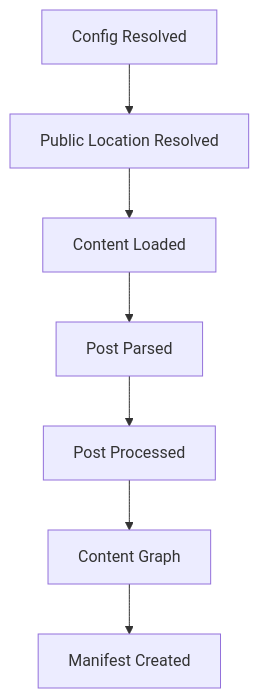
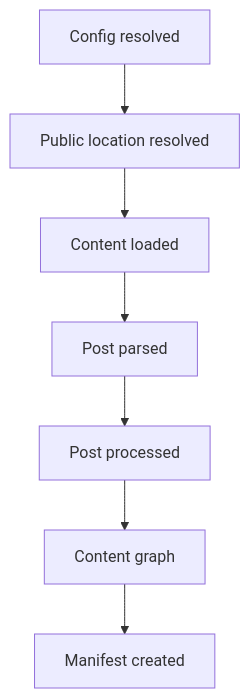
The third of 13 diagrams in docs/docs/reference/plugin-api.md (Rerurate514/riebeckite), drawn with Mermaid before and after one commit. The commit also changed other lines of this file and 604 other files, not shown here.

````diff
--- a/docs/docs/reference/plugin-api.md
+++ b/docs/docs/reference/plugin-api.md
@@ -273,17 +257,17 @@
 ```mermaid
 flowchart TD
-    Config["Config Resolved"]
-    Loaded["Content Loaded"]
-    Location["Public Location Resolved"]
-    Parsed["Post Parsed"]
-    Processed["Post Processed"]
-    Graph["Content Graph"]
-    Manifest["Manifest Created"]
+    Config["Config resolved"]
+    Location["Public location resolved"]
+    Loaded["Content loaded"]
+    Parsed["Post parsed"]
+    Processed["Post processed"]
+    Graph["Content graph"]
+    Manifest["Manifest created"]
 
     Config --> Location
     Location --> Loaded
     Loaded --> Parsed
     Parsed --> Processed
     Processed --> Graph
     Graph --> Manifest
 ```
````
